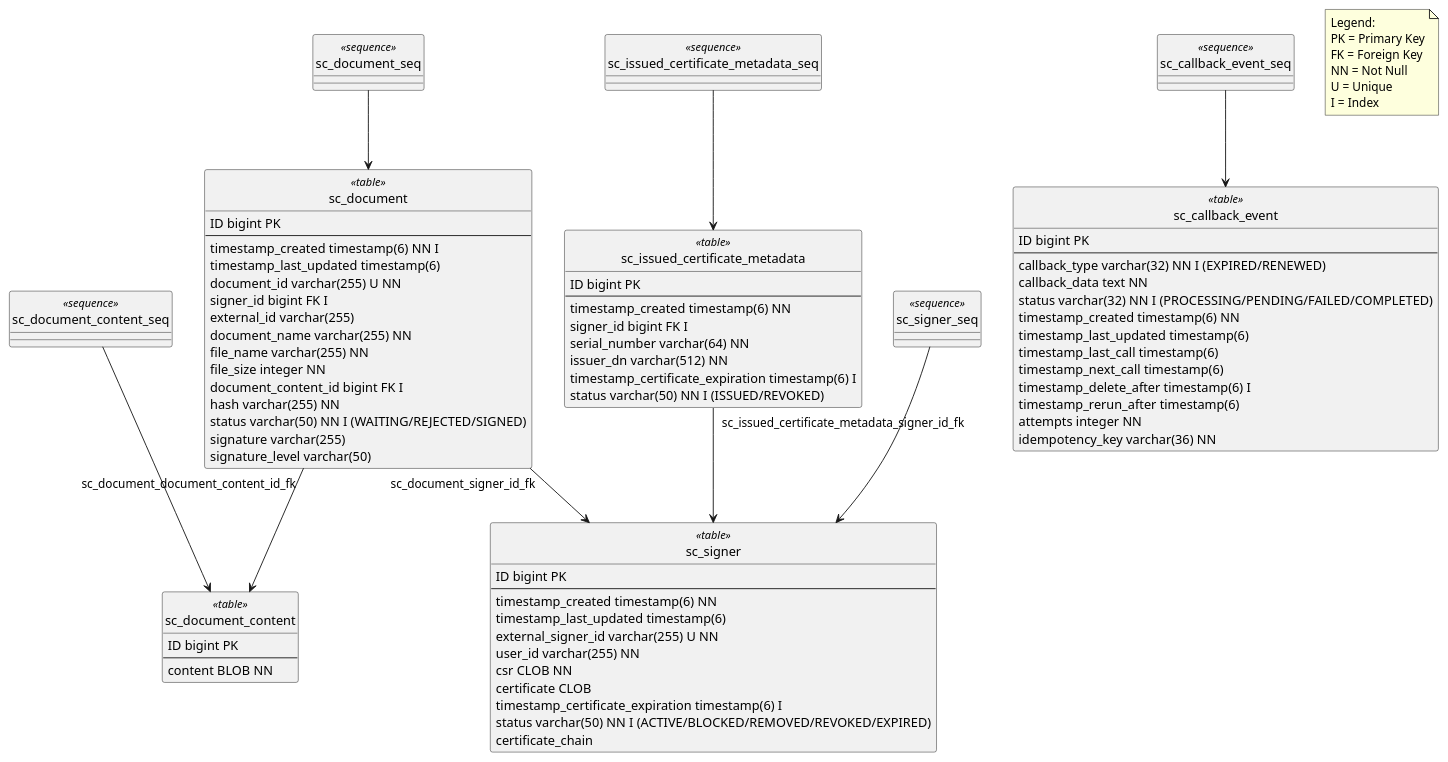
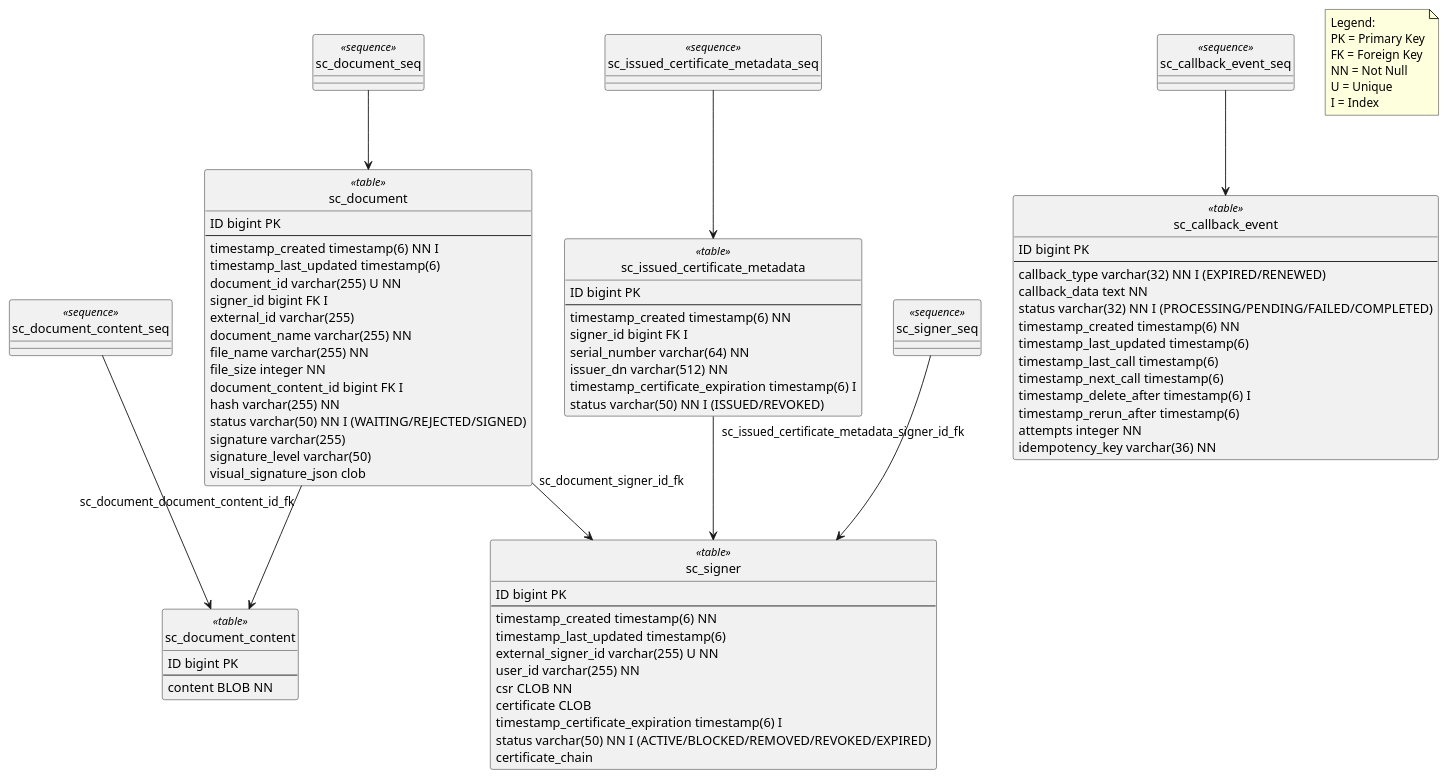
One commit to wultra/signer-cloud changed the diagram in docs-private/signer_cloud_server_database_schema.puml. Above: the diagram before and after it, drawn with PlantUML. The commit also changed 19 other files, not shown here.

Commit message:
Fix #62: Add visual signature into signed document (#116)

```diff
--- a/docs-private/signer_cloud_server_database_schema.puml
+++ b/docs-private/signer_cloud_server_database_schema.puml
@@ -1,94 +1,95 @@
 @startuml
 hide circle
 
 class sc_signer <<table>>{
     ID bigint PK
     --
     timestamp_created timestamp(6) NN
     timestamp_last_updated timestamp(6)
     external_signer_id varchar(255) U NN
     user_id varchar(255) NN
     csr CLOB NN
     certificate CLOB
     timestamp_certificate_expiration timestamp(6) I
     status varchar(50) NN I (ACTIVE/BLOCKED/REMOVED/REVOKED/EXPIRED)
     certificate_chain
 }
 
 class sc_document <<table>> {
     ID bigint PK
     --
     timestamp_created timestamp(6) NN I
     timestamp_last_updated timestamp(6)
     document_id varchar(255) U NN
     signer_id bigint FK I
     external_id varchar(255)
     document_name varchar(255) NN
     file_name varchar(255) NN
     file_size integer NN
     document_content_id bigint FK I
     hash varchar(255) NN
     status varchar(50) NN I (WAITING/REJECTED/SIGNED)
     signature varchar(255)
     signature_level varchar(50)
+    visual_signature_json clob
 }
 
 class sc_document_content <<table>>{
     ID bigint PK
     --
     content BLOB NN
 }
 
 class sc_callback_event <<table>> {
     ID bigint PK
     --
     callback_type varchar(32) NN I (EXPIRED/RENEWED)
     callback_data text NN
     status varchar(32) NN I (PROCESSING/PENDING/FAILED/COMPLETED)
     timestamp_created timestamp(6) NN
     timestamp_last_updated timestamp(6)
     timestamp_last_call timestamp(6)
     timestamp_next_call timestamp(6)
     timestamp_delete_after timestamp(6) I
     timestamp_rerun_after timestamp(6)
     attempts integer NN
     idempotency_key varchar(36) NN
 }
 
 class sc_issued_certificate_metadata <<table>> {
     ID bigint PK
     --
     timestamp_created timestamp(6) NN
     signer_id bigint FK I
     serial_number varchar(64) NN
     issuer_dn varchar(512) NN
     timestamp_certificate_expiration timestamp(6) I
     status varchar(50) NN I (ISSUED/REVOKED)
 }
 
 class sc_signer_seq <<sequence>>
 class sc_document_seq <<sequence>>
 class sc_document_content_seq <<sequence>>
 class sc_callback_event_seq <<sequence>>
 class sc_issued_certificate_metadata_seq <<sequence>>
 
 sc_signer_seq --> sc_signer
 sc_document_seq --> sc_document
 sc_document_content_seq --> sc_document_content
 sc_callback_event_seq --> sc_callback_event
 sc_issued_certificate_metadata_seq --> sc_issued_certificate_metadata
 
 sc_document "sc_document_signer_id_fk" --> sc_signer
 sc_document "sc_document_document_content_id_fk" --> sc_document_content
 sc_issued_certificate_metadata "sc_issued_certificate_metadata_signer_id_fk" --> sc_signer
 
 note as note1
 Legend:
 PK = Primary Key
 FK = Foreign Key
 NN = Not Null
 U = Unique
 I = Index
 end note
 
 @enduml
```
